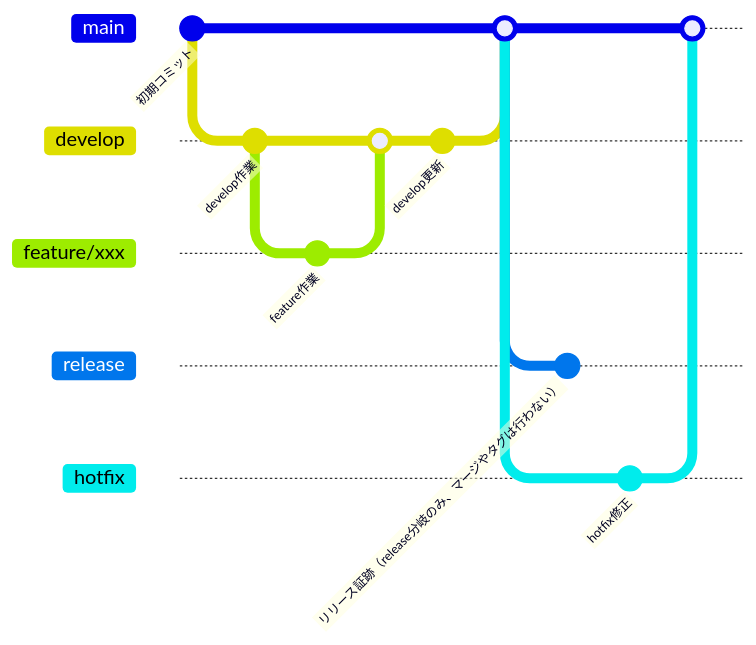
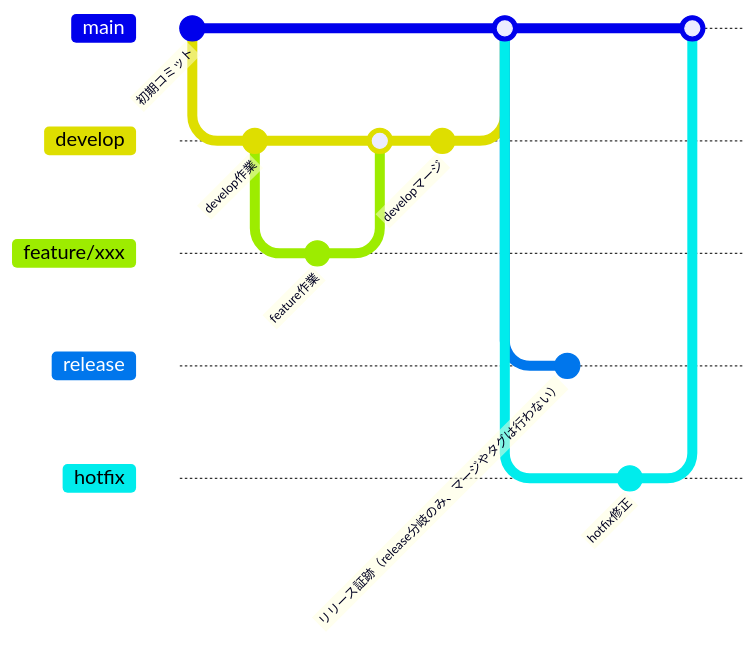
Before and after one commit to deidra-JP-windows/front-web-site-for-riften-terraform: the diagram in README.md, drawn with Mermaid. The commit also changed other lines of this file, not shown here.

````diff
--- a/README.md
+++ b/README.md
@@ -75,20 +90,20 @@
 ```mermaid
 gitGraph
    commit id: "初期コミット"
    branch develop
    commit id: "develop作業"
    branch feature/xxx
    commit id: "feature作業"
    checkout develop
    merge feature/xxx
-   commit id: "develop更新"
+   commit id: "developマージ"
    checkout main
    merge develop
    branch release
    commit id: "リリース証跡（release分岐のみ、マージやタグは行わない）"
    checkout main
    branch hotfix
    commit id: "hotfix修正"
    checkout main
    merge hotfix
 ```
````
